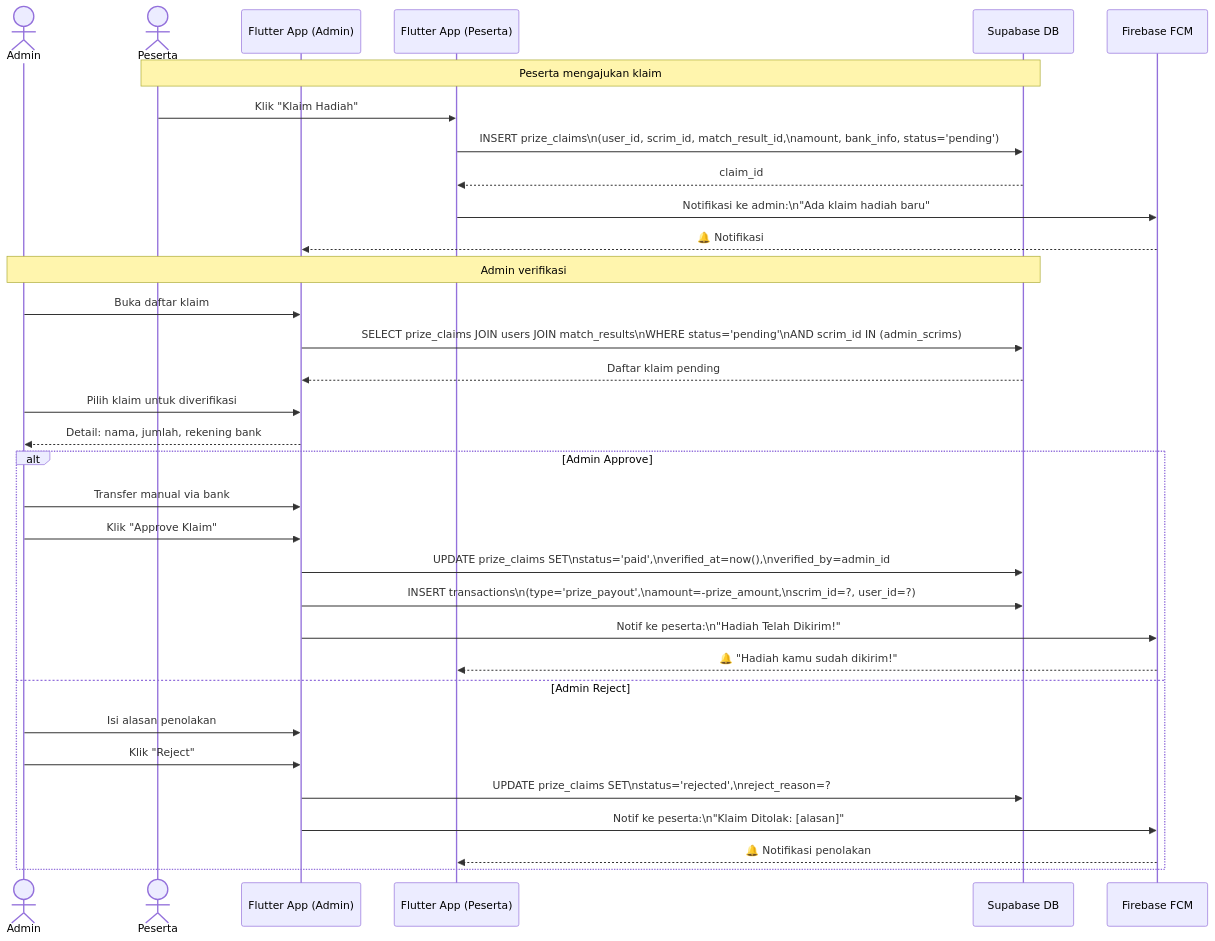
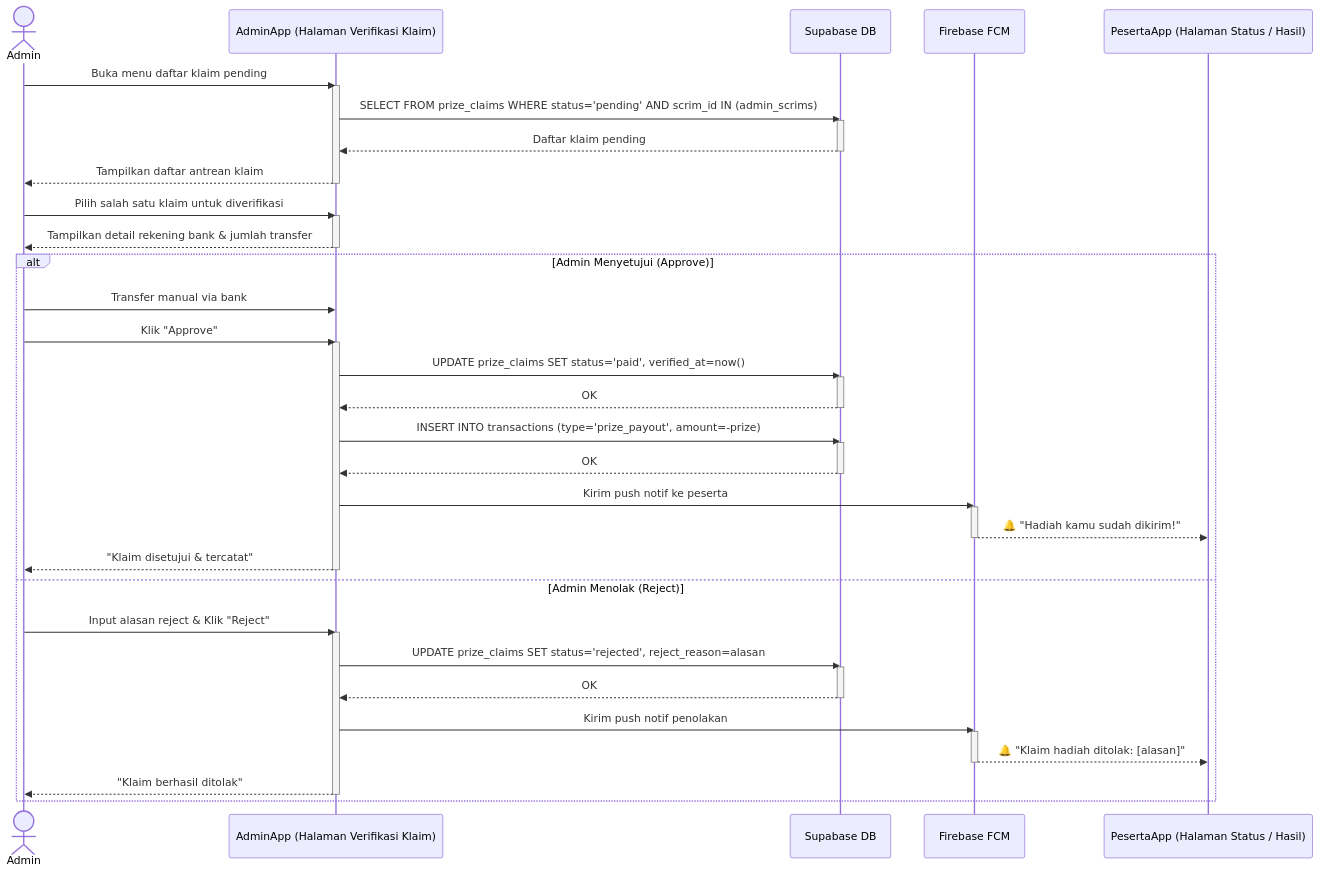
Before and after one commit to yosima050/booyahhub: diagram 40 of 47 in DOKUMENTASI.md, drawn with Mermaid. The commit also changed other lines of this file, not shown here.

Commit message:
docs: update user flow documentation with expanded process steps and refined sequence diagrams

````diff
--- a/DOKUMENTASI.md
+++ b/DOKUMENTASI.md
@@ -1308,39 +1554,58 @@
 ```mermaid
 sequenceDiagram
     actor Admin
-    actor Peserta
-    participant AdminApp as Flutter App (Admin)
-    participant PesertaApp as Flutter App (Peserta)
+    participant AdminApp as AdminApp (Halaman Verifikasi Klaim)
     participant DB as Supabase DB
     participant FCM as Firebase FCM
+    participant PesertaApp as PesertaApp (Halaman Status / Hasil)
 
-    Note over Peserta,DB: Peserta mengajukan klaim
-    Peserta->>PesertaApp: Klik "Klaim Hadiah"
-    PesertaApp->>DB: INSERT prize_claims\n(user_id, scrim_id, match_result_id,\namount, bank_info, status='pending')
-    DB-->>PesertaApp: claim_id
-    PesertaApp->>FCM: Notifikasi ke admin:\n"Ada klaim hadiah baru"
-    FCM-->>AdminApp: 🔔 Notifikasi
+    Admin->>AdminApp: Buka menu daftar klaim pending
+    activate AdminApp
+    AdminApp->>DB: SELECT FROM prize_claims WHERE status='pending' AND scrim_id IN (admin_scrims)
+    activate DB
+    DB-->>AdminApp: Daftar klaim pending
+    deactivate DB
+    AdminApp-->>Admin: Tampilkan daftar antrean klaim
+    deactivate AdminApp
 
-    Note over Admin,DB: Admin verifikasi
-    Admin->>AdminApp: Buka daftar klaim
-    AdminApp->>DB: SELECT prize_claims JOIN users JOIN match_results\nWHERE status='pending'\nAND scrim_id IN (admin_scrims)
-    DB-->>AdminApp: Daftar klaim pending
+    Admin->>AdminApp: Pilih salah satu klaim untuk diverifikasi
+    activate AdminApp
+    AdminApp-->>Admin: Tampilkan detail rekening bank & jumlah transfer
+    deactivate AdminApp
 
-    Admin->>AdminApp: Pilih klaim untuk diverifikasi
-    AdminApp-->>Admin: Detail: nama, jumlah, rekening bank
+    alt Admin Menyetujui (Approve)
+        Admin->>AdminApp: Transfer manual via bank
+        Admin->>AdminApp: Klik "Approve"
+        activate AdminApp
+        AdminApp->>DB: UPDATE prize_claims SET status='paid', verified_at=now()
+        activate DB
+        DB-->>AdminApp: OK
+        deactivate DB
 
-    alt Admin Approve
-        Admin->>AdminApp: Transfer manual via bank
-        Admin->>AdminApp: Klik "Approve Klaim"
-        AdminApp->>DB: UPDATE prize_claims SET\nstatus='paid',\nverified_at=now(),\nverified_by=admin_id
-        AdminApp->>DB: INSERT transactions\n(type='prize_payout',\namount=-prize_amount,\nscrim_id=?, user_id=?)
-        AdminApp->>FCM: Notif ke peserta:\n"Hadiah Telah Dikirim!"
+        AdminApp->>DB: INSERT INTO transactions (type='prize_payout', amount=-prize)
+        activate DB
+        DB-->>AdminApp: OK
+        deactivate DB
+
+        AdminApp->>FCM: Kirim push notif ke peserta
+        activate FCM
         FCM-->>PesertaApp: 🔔 "Hadiah kamu sudah dikirim!"
-    else Admin Reject
-        Admin->>AdminApp: Isi alasan penolakan
-        Admin->>AdminApp: Klik "Reject"
-        AdminApp->>DB: UPDATE prize_claims SET\nstatus='rejected',\nreject_reason=?
-        AdminApp->>FCM: Notif ke peserta:\n"Klaim Ditolak: [alasan]"
-        FCM-->>PesertaApp: 🔔 Notifikasi penolakan
+        deactivate FCM
+        AdminApp-->>Admin: "Klaim disetujui & tercatat"
+        deactivate AdminApp
+    else Admin Menolak (Reject)
+        Admin->>AdminApp: Input alasan reject & Klik "Reject"
+        activate AdminApp
+        AdminApp->>DB: UPDATE prize_claims SET status='rejected', reject_reason=alasan
+        activate DB
+        DB-->>AdminApp: OK
+        deactivate DB
+
+        AdminApp->>FCM: Kirim push notif penolakan
+        activate FCM
+        FCM-->>PesertaApp: 🔔 "Klaim hadiah ditolak: [alasan]"
+        deactivate FCM
+        AdminApp-->>Admin: "Klaim berhasil ditolak"
+        deactivate AdminApp
     end
 ```
````
